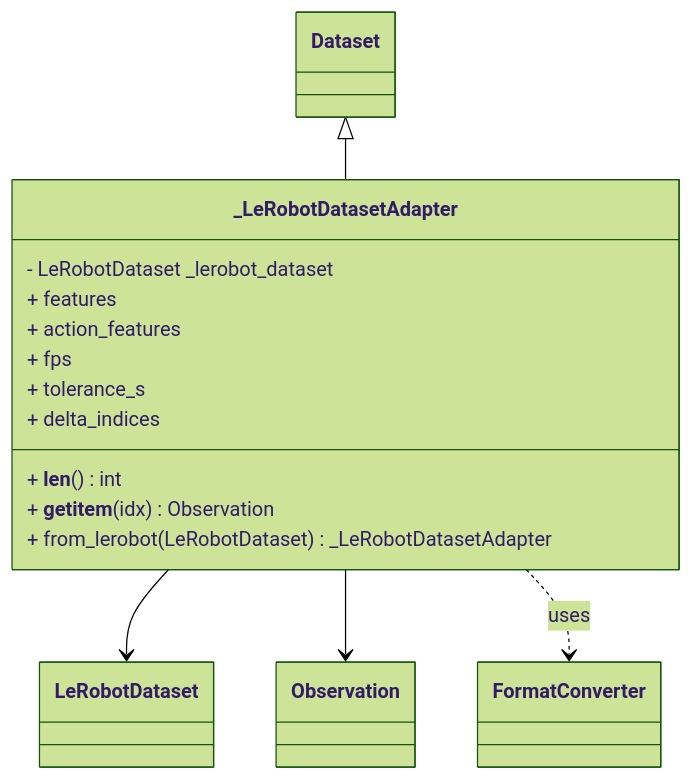
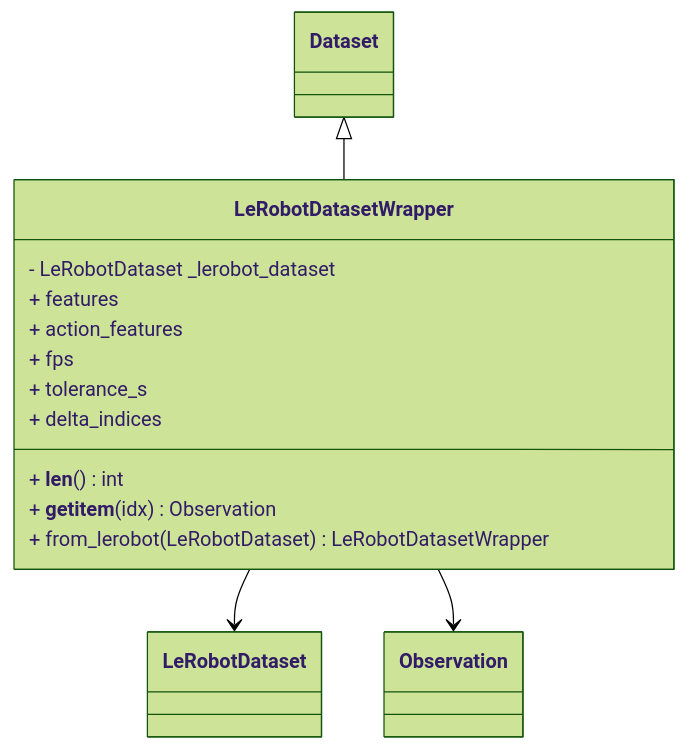
The first of 2 diagrams in library/docs/design/data/lerobot.md (open-edge-platform/physical-ai-studio), drawn with Mermaid (forest theme) before and after one commit. The commit also changed other lines of this file, not shown here.

Commit message:
docs(lerobot): simplify and restructure documentation for LeRobot integration

````diff
--- a/library/docs/design/data/lerobot.md
+++ b/library/docs/design/data/lerobot.md
@@ -95,24 +9,22 @@
 ```mermaid
 classDiagram
     class Dataset
     class LeRobotDataset
     class Observation
-    class FormatConverter
 
-    class _LeRobotDatasetAdapter {
+    class LeRobotDatasetWrapper {
         - LeRobotDataset _lerobot_dataset
         + __len__() int
         + __getitem__(idx) Observation
-        + from_lerobot(LeRobotDataset) _LeRobotDatasetAdapter
+        + from_lerobot(LeRobotDataset) LeRobotDatasetWrapper
         + features
         + action_features
         + fps
         + tolerance_s
         + delta_indices
     }
 
-    Dataset <|-- _LeRobotDatasetAdapter
-    _LeRobotDatasetAdapter --> LeRobotDataset
-    _LeRobotDatasetAdapter --> Observation
-    _LeRobotDatasetAdapter ..> FormatConverter: uses
+    Dataset <|-- LeRobotDatasetWrapper
+    LeRobotDatasetWrapper --> LeRobotDataset
+    LeRobotDatasetWrapper --> Observation
 ```
````
